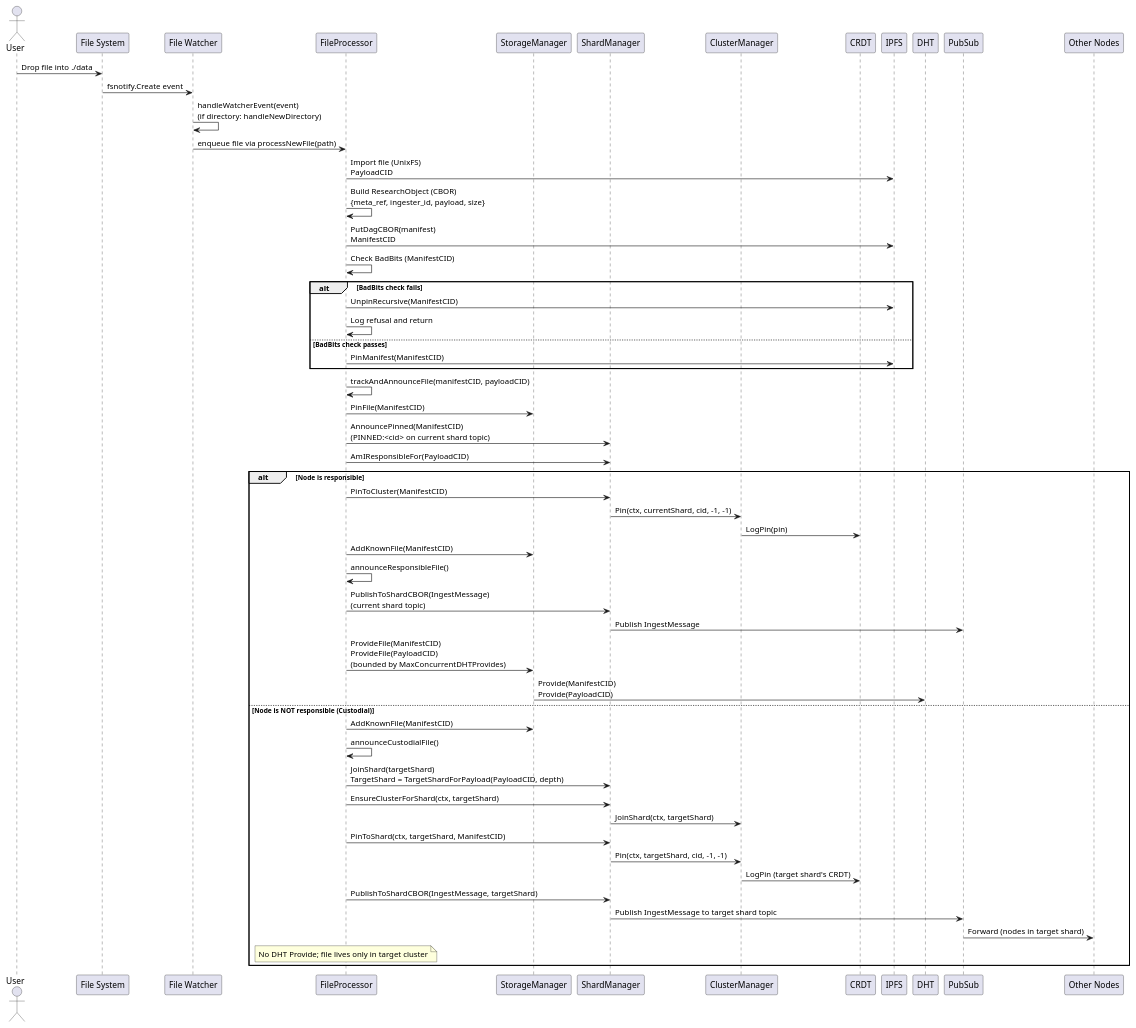
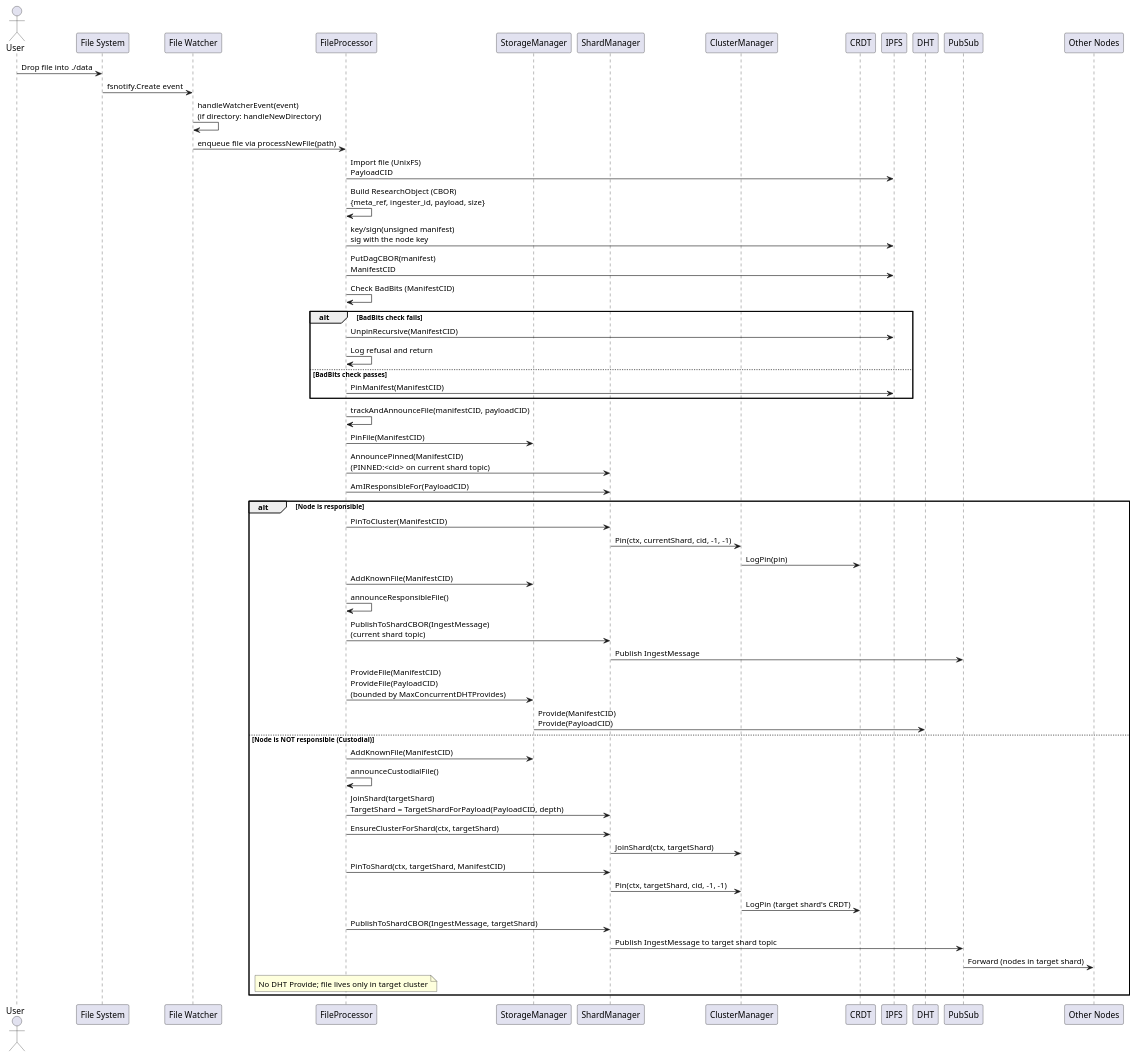
The diagram in docs/file_ingestion_sequence.puml (gipplab/D-LOCKSS), drawn with PlantUML before and after one commit. The commit also changed 55 other files, not shown here.

First line of the commit message:
Run D-LOCKSS with its own key, bound to the Kubo node ID. The pubsub prefix moves to dlockss-v0.0.4.

```diff
--- a/docs/file_ingestion_sequence.puml
+++ b/docs/file_ingestion_sequence.puml
@@ -1,62 +1,63 @@
 @startuml File Ingestion Sequence
 
 actor User
 participant "File System" as FS
 participant "File Watcher" as Watcher
 participant "FileProcessor" as FileOps
 participant "StorageManager" as Storage
 participant "ShardManager" as ShardMgr
 participant "ClusterManager" as ClusterMgr
 participant "CRDT" as CRDT
 participant "IPFS" as IPFS
 participant "DHT" as DHT
 participant "PubSub" as PubSub
 participant "Other Nodes" as Nodes
 
 User -> FS: Drop file into ./data
 FS -> Watcher: fsnotify.Create event
 Watcher -> Watcher: handleWatcherEvent(event)\n(if directory: handleNewDirectory)
 Watcher -> FileOps: enqueue file via processNewFile(path)
 
 FileOps -> IPFS: Import file (UnixFS)\nPayloadCID
 FileOps -> FileOps: Build ResearchObject (CBOR)\n{meta_ref, ingester_id, payload, size}
+FileOps -> IPFS: key/sign(unsigned manifest)\nsig with the node key
 FileOps -> IPFS: PutDagCBOR(manifest)\nManifestCID
 FileOps -> FileOps: Check BadBits (ManifestCID)
 alt BadBits check fails
     FileOps -> IPFS: UnpinRecursive(ManifestCID)
     FileOps -> FileOps: Log refusal and return
 else BadBits check passes
     FileOps -> IPFS: PinManifest(ManifestCID)
 end
 
 FileOps -> FileOps: trackAndAnnounceFile(manifestCID, payloadCID)
 FileOps -> Storage: PinFile(ManifestCID)
 FileOps -> ShardMgr: AnnouncePinned(ManifestCID)\n(PINNED:<cid> on current shard topic)
 FileOps -> ShardMgr: AmIResponsibleFor(PayloadCID)
 
 alt Node is responsible
     FileOps -> ShardMgr: PinToCluster(ManifestCID)
     ShardMgr -> ClusterMgr: Pin(ctx, currentShard, cid, -1, -1)
     ClusterMgr -> CRDT: LogPin(pin)
     FileOps -> Storage: AddKnownFile(ManifestCID)
     FileOps -> FileOps: announceResponsibleFile()
     FileOps -> ShardMgr: PublishToShardCBOR(IngestMessage)\n(current shard topic)
     ShardMgr -> PubSub: Publish IngestMessage
     FileOps -> Storage: ProvideFile(ManifestCID)\nProvideFile(PayloadCID)\n(bounded by MaxConcurrentDHTProvides)
     Storage -> DHT: Provide(ManifestCID)\nProvide(PayloadCID)
 else Node is NOT responsible (Custodial)
     FileOps -> Storage: AddKnownFile(ManifestCID)
     FileOps -> FileOps: announceCustodialFile()
     FileOps -> ShardMgr: JoinShard(targetShard)\nTargetShard = TargetShardForPayload(PayloadCID, depth)
     FileOps -> ShardMgr: EnsureClusterForShard(ctx, targetShard)
     ShardMgr -> ClusterMgr: JoinShard(ctx, targetShard)
     FileOps -> ShardMgr: PinToShard(ctx, targetShard, ManifestCID)
     ShardMgr -> ClusterMgr: Pin(ctx, targetShard, cid, -1, -1)
     ClusterMgr -> CRDT: LogPin (target shard's CRDT)
     FileOps -> ShardMgr: PublishToShardCBOR(IngestMessage, targetShard)
     ShardMgr -> PubSub: Publish IngestMessage to target shard topic
     PubSub -> Nodes: Forward (nodes in target shard)
     Note over FileOps: No DHT Provide; file lives only in target cluster
 end
 
 @enduml
```
